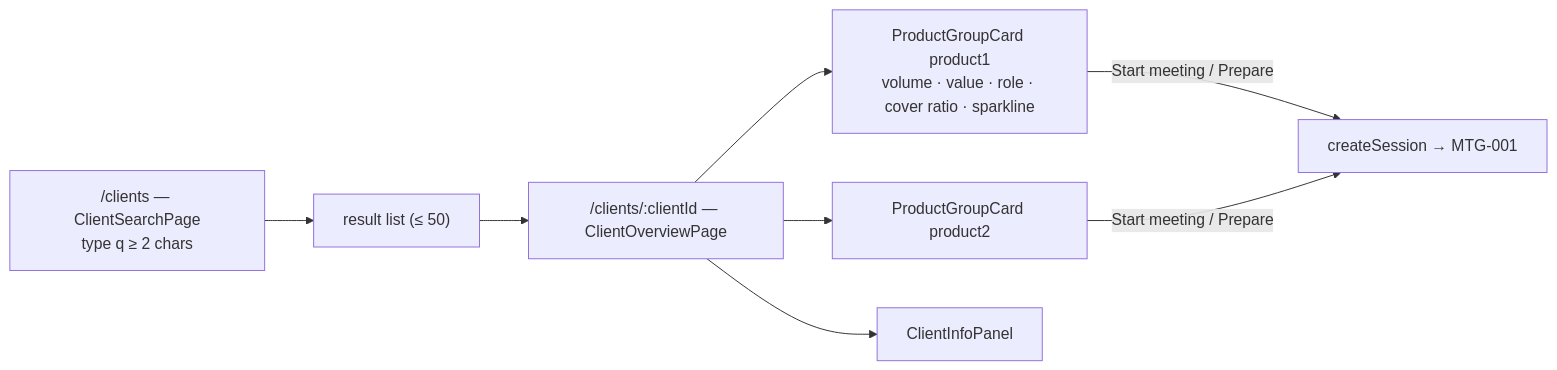
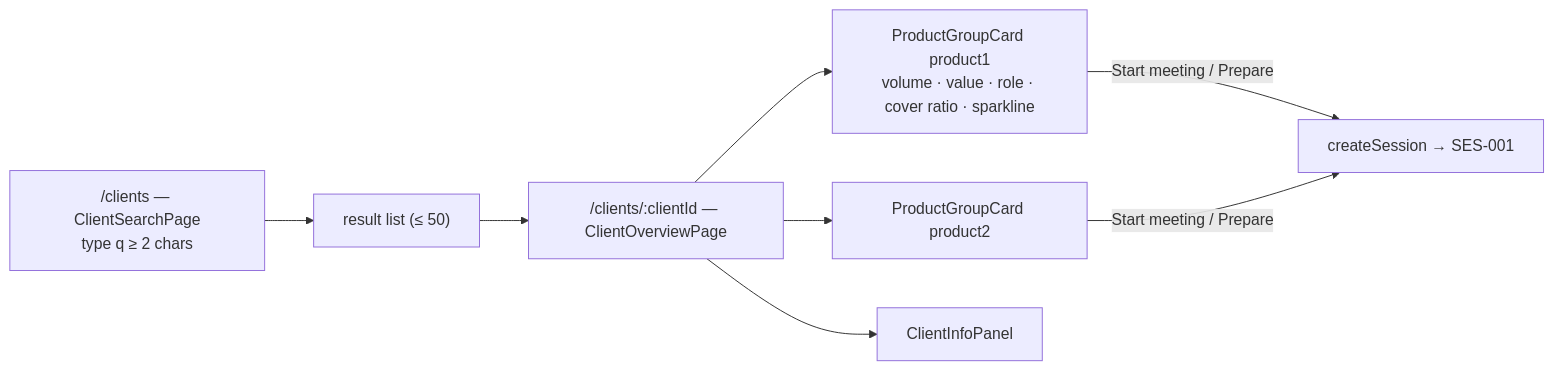
Before and after one commit to NatSjm/investigation: the diagram in docs-repo/features/clients/CLI-001.md, drawn with Mermaid. The commit also changed other lines of this file and 56 other files, not shown here.

First line of the commit message:
Meetings spec prefix renamed MTG -> SES

````diff
--- a/docs-repo/features/clients/CLI-001.md
+++ b/docs-repo/features/clients/CLI-001.md
@@ -90,10 +90,10 @@
 ```mermaid
 flowchart LR
   A["/clients — ClientSearchPage<br/>type q ≥ 2 chars"] --> B["result list (≤ 50)"]
   B --> C["/clients/:clientId — ClientOverviewPage"]
   C --> D["ProductGroupCard product1<br/>volume · value · role · cover ratio · sparkline"]
   C --> E["ProductGroupCard product2"]
   C --> F["ClientInfoPanel"]
-  D -- "Start meeting / Prepare" --> G["createSession → MTG-001"]
+  D -- "Start meeting / Prepare" --> G["createSession → SES-001"]
   E -- "Start meeting / Prepare" --> G
 ```
````
